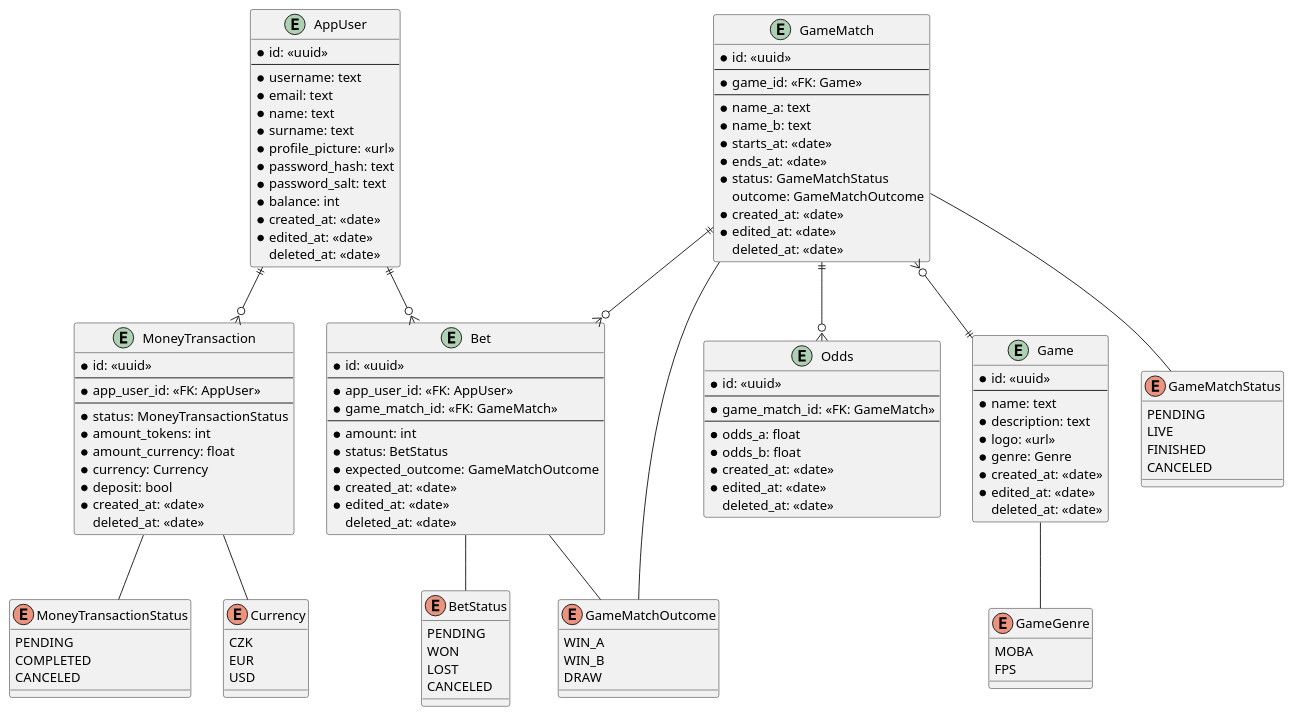
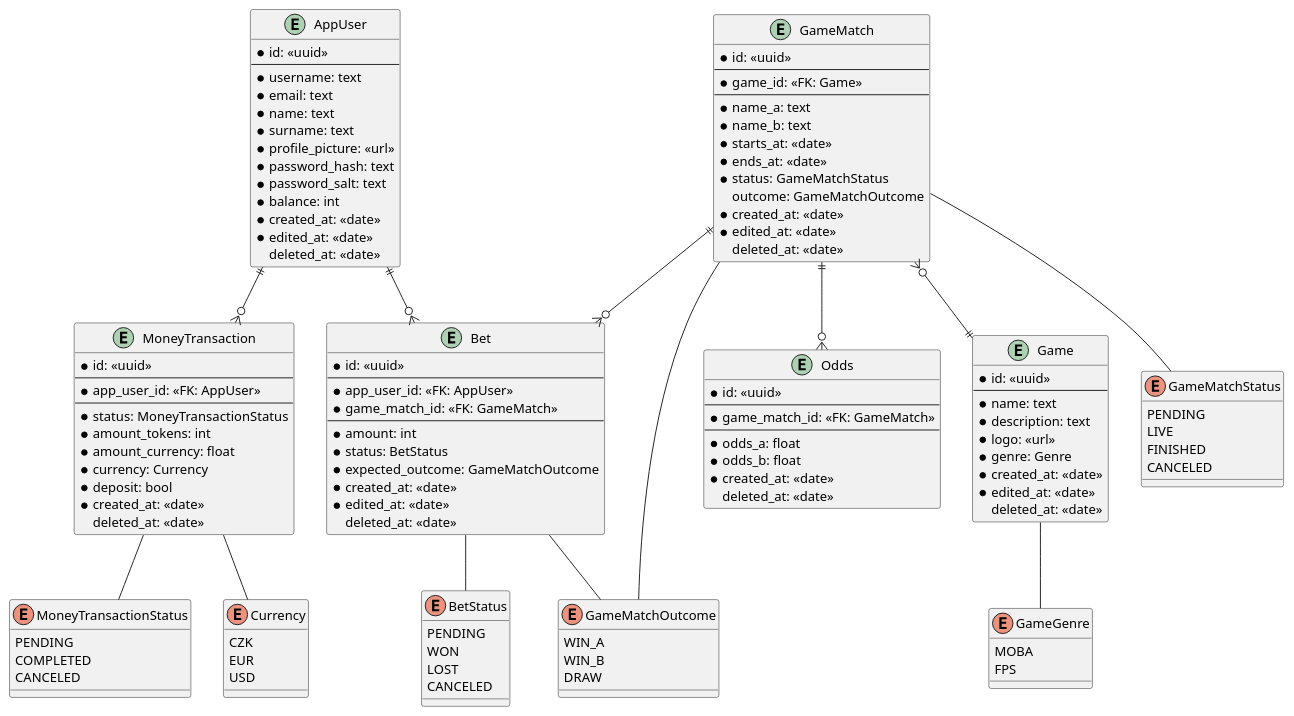
One commit to Average-Rust-Enjoyers/Starbet-Live changed the diagram in docs/starbet.puml. Above: the diagram before and after it, drawn with PlantUML. The commit also changed 4 other files, not shown here.

```diff
--- a/docs/starbet.puml
+++ b/docs/starbet.puml
@@ -1,137 +1,136 @@
 @startuml starbet-live
 
 entity AppUser {
     * id: <<uuid>>
     ---
     * username: text
     * email: text
     * name: text
     * surname: text
     * profile_picture: <<url>>
     * password_hash: text
     * password_salt: text
     * balance: int
     * created_at: <<date>>
     * edited_at: <<date>>
     deleted_at: <<date>>
 }
 
 enum GameGenre {
     MOBA
     FPS
 }
 
 entity Game {
     * id: <<uuid>>
     ---
     * name: text
     * description: text
     * logo: <<url>>
     * genre: Genre
     * created_at: <<date>>
     * edited_at: <<date>>
     deleted_at: <<date>>
 }
 
 enum GameMatchStatus {
     PENDING
     LIVE
     FINISHED
     CANCELED
 }
 
 enum GameMatchOutcome {
     WIN_A
     WIN_B
     DRAW
 }
 
 entity GameMatch {
     * id: <<uuid>>
     ---
     * game_id: <<FK: Game>>
     ---
     * name_a: text
     * name_b: text
     * starts_at: <<date>>
     * ends_at: <<date>>
     * status: GameMatchStatus
     outcome: GameMatchOutcome
     * created_at: <<date>>
     * edited_at: <<date>>
     deleted_at: <<date>>
 }
 
 entity Odds {
     * id: <<uuid>>
     ---
     * game_match_id: <<FK: GameMatch>>
     ---
     * odds_a: float
     * odds_b: float
     * created_at: <<date>>
-    * edited_at: <<date>>
     deleted_at: <<date>>
 }
 
 enum BetStatus {
     PENDING
     WON
     LOST
     CANCELED
 }
 
 entity Bet {
     * id: <<uuid>>
     ---
     * app_user_id: <<FK: AppUser>>
     * game_match_id: <<FK: GameMatch>>
     ---
     * amount: int
     * status: BetStatus
     * expected_outcome: GameMatchOutcome
     * created_at: <<date>>
     * edited_at: <<date>>
     deleted_at: <<date>>
 }
 
 enum Currency {
     CZK
     EUR
     USD
 }
 
 enum MoneyTransactionStatus {
     PENDING
     COMPLETED
     CANCELED
 }
 
 entity MoneyTransaction {
     * id: <<uuid>>
     ---
     * app_user_id: <<FK: AppUser>>
     ---
     * status: MoneyTransactionStatus
     * amount_tokens: int
     * amount_currency: float
     * currency: Currency
     * deposit: bool
     * created_at: <<date>>
     deleted_at: <<date>>
 }
 
 GameMatch }o--|| Game
 GameMatch ||--o{ Bet
 GameMatch ||--o{ Odds
 GameMatch -- GameMatchStatus
 GameMatch -- GameMatchOutcome
 AppUser ||--o{ Bet
 AppUser ||--o{ MoneyTransaction
 Game -- GameGenre
 MoneyTransaction -- Currency
 MoneyTransaction -- MoneyTransactionStatus 
 Bet -- BetStatus
 Bet -- GameMatchOutcome
 
 @enduml
```
